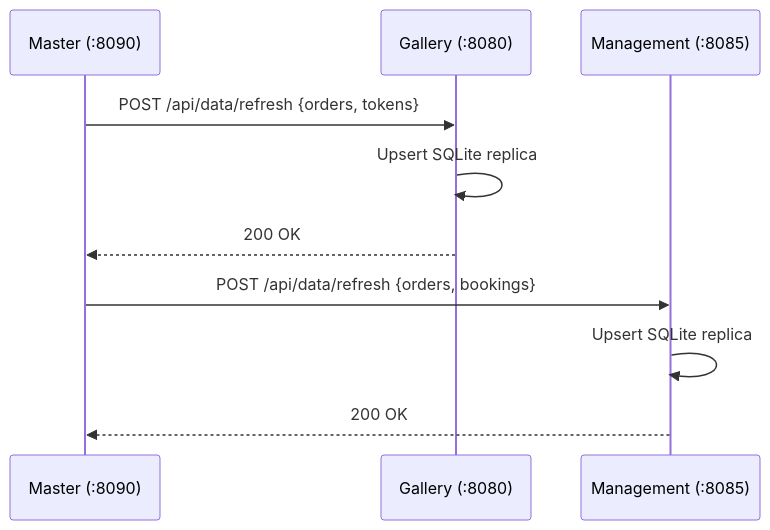
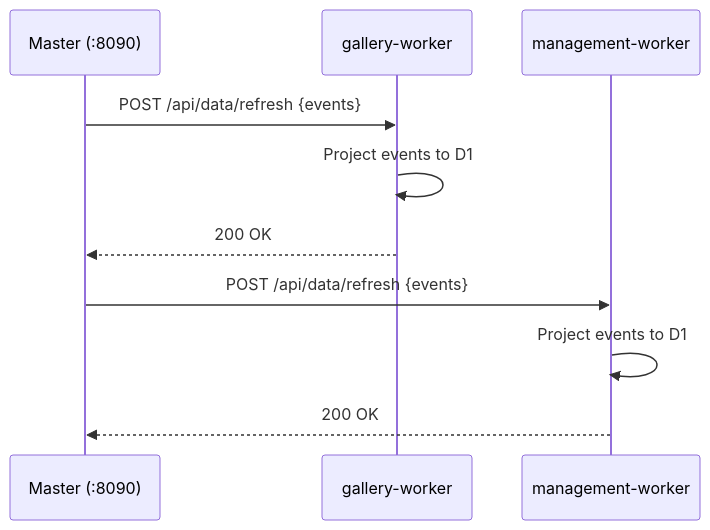
Before and after one commit to clickflashoffice-spec/ClickFlash: the third of 4 diagrams in docs/SYSTEM_ARCHITECTURE.md, drawn with Mermaid. The commit also changed other lines of this file and 654 other files, not shown here.

````diff
--- a/docs/SYSTEM_ARCHITECTURE.md
+++ b/docs/SYSTEM_ARCHITECTURE.md
@@ -95,14 +145,14 @@
 ```mermaid
 sequenceDiagram
     participant M as Master (:8090)
-    participant G as Gallery (:8080)
-    participant Mn as Management (:8085)
+    participant GW as gallery-worker
+    participant MW as management-worker
 
-    M->>G: POST /api/data/refresh {orders, tokens}
-    G->>G: Upsert SQLite replica
-    G-->>M: 200 OK
+    M->>GW: POST /api/data/refresh {events}
+    GW->>GW: Project events to D1
+    GW-->>M: 200 OK
 
-    M->>Mn: POST /api/data/refresh {orders, bookings}
-    Mn->>Mn: Upsert SQLite replica
-    Mn-->>M: 200 OK
+    M->>MW: POST /api/data/refresh {events}
+    MW->>MW: Project events to D1
+    MW-->>M: 200 OK
 ```
````
